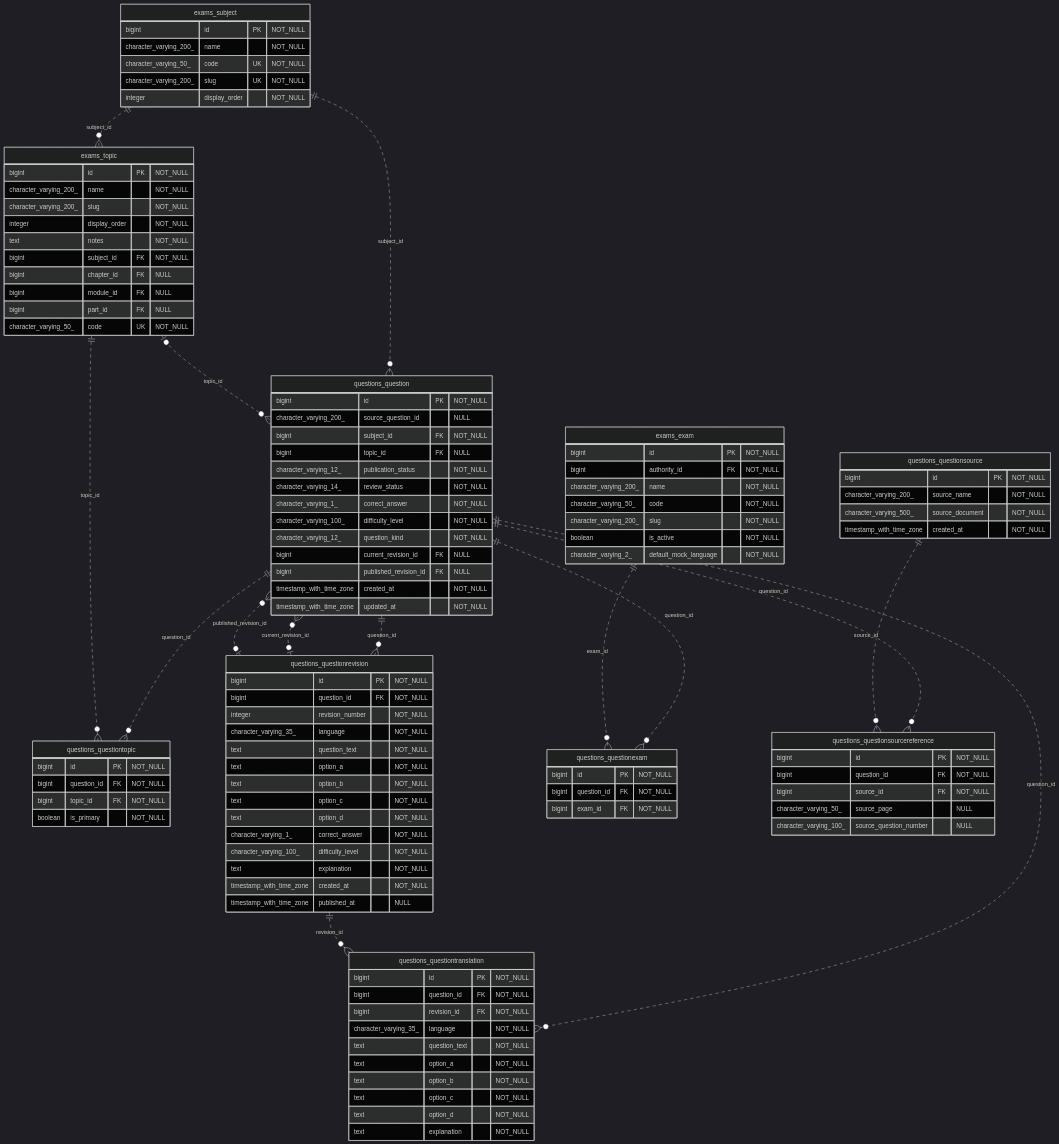
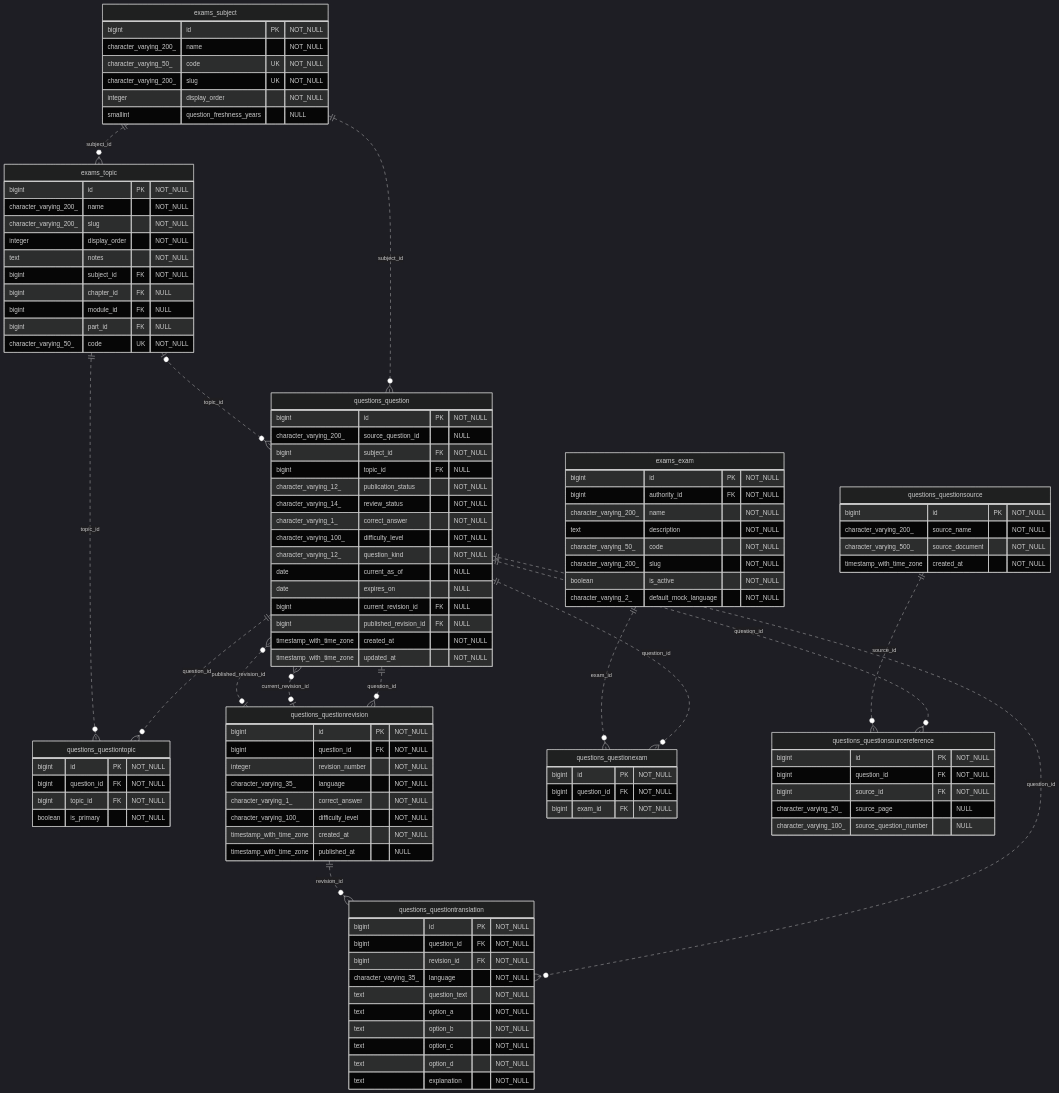
The diagram in docs/erd/questions-core.mmd (EZOPINC/mock), drawn with Mermaid (dark theme) before and after one commit. The commit also changed 27 other files, not shown here.

```diff
--- a/docs/erd/questions-core.mmd
+++ b/docs/erd/questions-core.mmd
@@ -1,110 +1,108 @@
 erDiagram
     questions_question {
         bigint id PK "NOT_NULL"
         character_varying_200_ source_question_id "NULL"
         bigint subject_id FK "NOT_NULL"
         bigint topic_id FK "NULL"
         character_varying_12_ publication_status "NOT_NULL"
         character_varying_14_ review_status "NOT_NULL"
         character_varying_1_ correct_answer "NOT_NULL"
         character_varying_100_ difficulty_level "NOT_NULL"
         character_varying_12_ question_kind "NOT_NULL"
+        date current_as_of "NULL"
+        date expires_on "NULL"
         bigint current_revision_id FK "NULL"
         bigint published_revision_id FK "NULL"
         timestamp_with_time_zone created_at "NOT_NULL"
         timestamp_with_time_zone updated_at "NOT_NULL"
     }
     questions_questiontopic {
         bigint id PK "NOT_NULL"
         bigint question_id FK "NOT_NULL"
         bigint topic_id FK "NOT_NULL"
         boolean is_primary "NOT_NULL"
     }
     questions_questionrevision {
         bigint id PK "NOT_NULL"
         bigint question_id FK "NOT_NULL"
         integer revision_number "NOT_NULL"
         character_varying_35_ language "NOT_NULL"
-        text question_text "NOT_NULL"
-        text option_a "NOT_NULL"
-        text option_b "NOT_NULL"
-        text option_c "NOT_NULL"
-        text option_d "NOT_NULL"
         character_varying_1_ correct_answer "NOT_NULL"
         character_varying_100_ difficulty_level "NOT_NULL"
-        text explanation "NOT_NULL"
         timestamp_with_time_zone created_at "NOT_NULL"
         timestamp_with_time_zone published_at "NULL"
     }
     questions_questiontranslation {
         bigint id PK "NOT_NULL"
         bigint question_id FK "NOT_NULL"
         bigint revision_id FK "NOT_NULL"
         character_varying_35_ language "NOT_NULL"
         text question_text "NOT_NULL"
         text option_a "NOT_NULL"
         text option_b "NOT_NULL"
         text option_c "NOT_NULL"
         text option_d "NOT_NULL"
         text explanation "NOT_NULL"
     }
     questions_questionexam {
         bigint id PK "NOT_NULL"
         bigint question_id FK "NOT_NULL"
         bigint exam_id FK "NOT_NULL"
     }
     questions_questionsource {
         bigint id PK "NOT_NULL"
         character_varying_200_ source_name "NOT_NULL"
         character_varying_500_ source_document "NOT_NULL"
         timestamp_with_time_zone created_at "NOT_NULL"
     }
     questions_questionsourcereference {
         bigint id PK "NOT_NULL"
         bigint question_id FK "NOT_NULL"
         bigint source_id FK "NOT_NULL"
         character_varying_50_ source_page "NULL"
         character_varying_100_ source_question_number "NULL"
     }
     exams_subject {
         bigint id PK "NOT_NULL"
         character_varying_200_ name "NOT_NULL"
         character_varying_50_ code UK "NOT_NULL"
         character_varying_200_ slug UK "NOT_NULL"
         integer display_order "NOT_NULL"
+        smallint question_freshness_years "NULL"
     }
     exams_topic {
         bigint id PK "NOT_NULL"
         character_varying_200_ name "NOT_NULL"
         character_varying_200_ slug "NOT_NULL"
         integer display_order "NOT_NULL"
         text notes "NOT_NULL"
         bigint subject_id FK "NOT_NULL"
         bigint chapter_id FK "NULL"
         bigint module_id FK "NULL"
         bigint part_id FK "NULL"
         character_varying_50_ code UK "NOT_NULL"
     }
     exams_exam {
         bigint id PK "NOT_NULL"
         bigint authority_id FK "NOT_NULL"
         character_varying_200_ name "NOT_NULL"
+        text description "NOT_NULL"
         character_varying_50_ code "NOT_NULL"
         character_varying_200_ slug "NOT_NULL"
         boolean is_active "NOT_NULL"
         character_varying_2_ default_mock_language "NOT_NULL"
     }
     exams_subject ||..o{ questions_question : "subject_id"
     exams_topic o|..o{ questions_question : "topic_id"
     questions_questionrevision o|..o{ questions_question : "current_revision_id"
     questions_questionrevision o|..o{ questions_question : "published_revision_id"
     questions_question ||..o{ questions_questiontopic : "question_id"
     exams_topic ||..o{ questions_questiontopic : "topic_id"
     questions_question ||..o{ questions_questionrevision : "question_id"
     questions_question ||..o{ questions_questiontranslation : "question_id"
     questions_questionrevision ||..o{ questions_questiontranslation : "revision_id"
     questions_question ||..o{ questions_questionexam : "question_id"
     exams_exam ||..o{ questions_questionexam : "exam_id"
     questions_question ||..o{ questions_questionsourcereference : "question_id"
     questions_questionsource ||..o{ questions_questionsourcereference : "source_id"
     exams_subject ||..o{ exams_topic : "subject_id"
```
